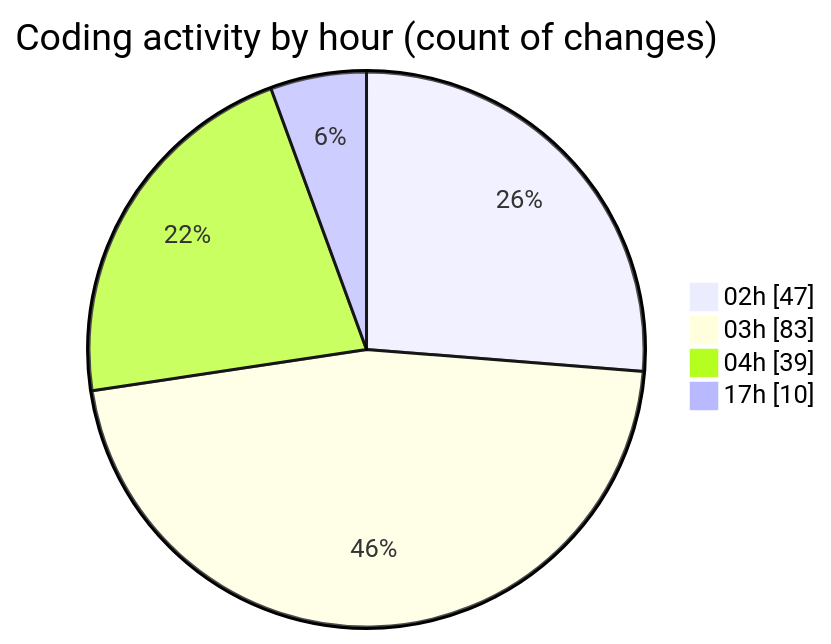
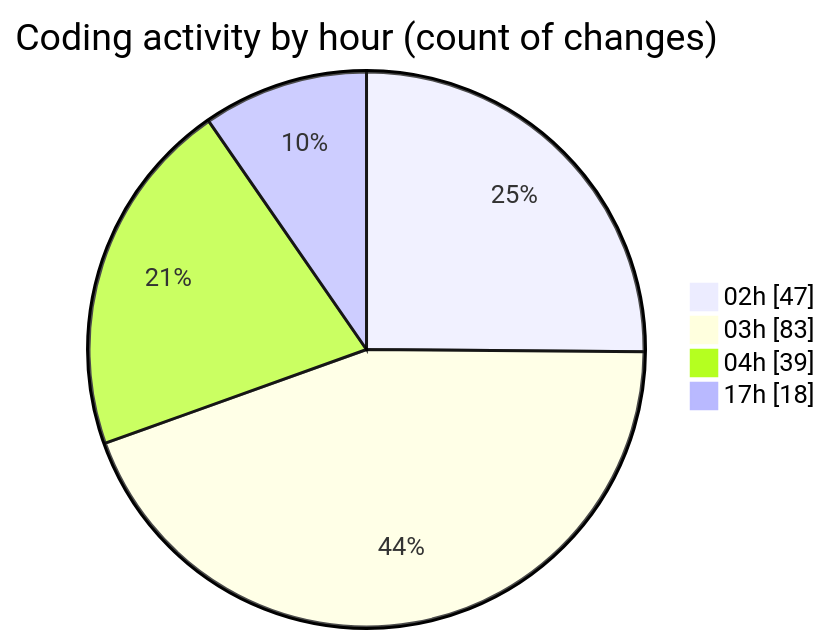
Before and after one commit to ernivani/code-tracking: the second of 2 diagrams in 2025-01-02/3drust/README.md, drawn with Mermaid. The commit also changed other lines of this file and 2 other files, not shown here.

````diff
--- a/2025-01-02/3drust/README.md
+++ b/2025-01-02/3drust/README.md
@@ -42,8 +42,8 @@
 ```mermaid
 pie showData
 title Coding activity by hour (count of changes)
 "02h" : 47
 "03h" : 83
 "04h" : 39
-"17h" : 10
+"17h" : 18
 ```
````
